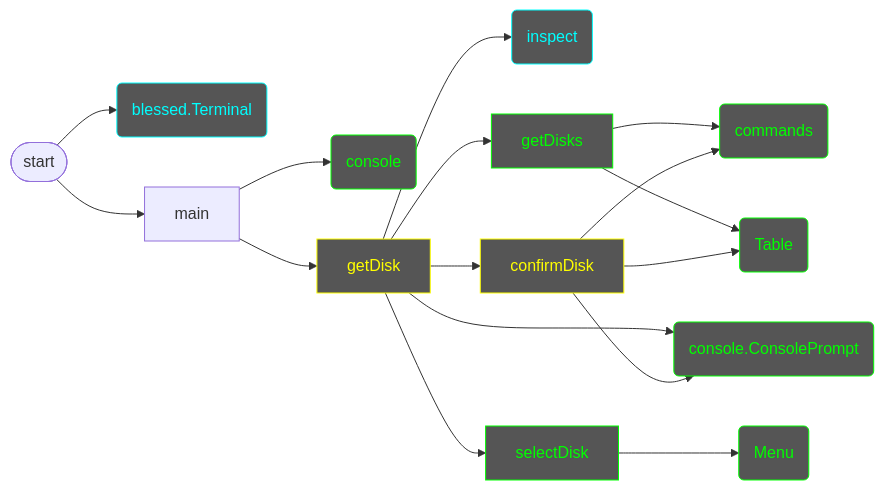
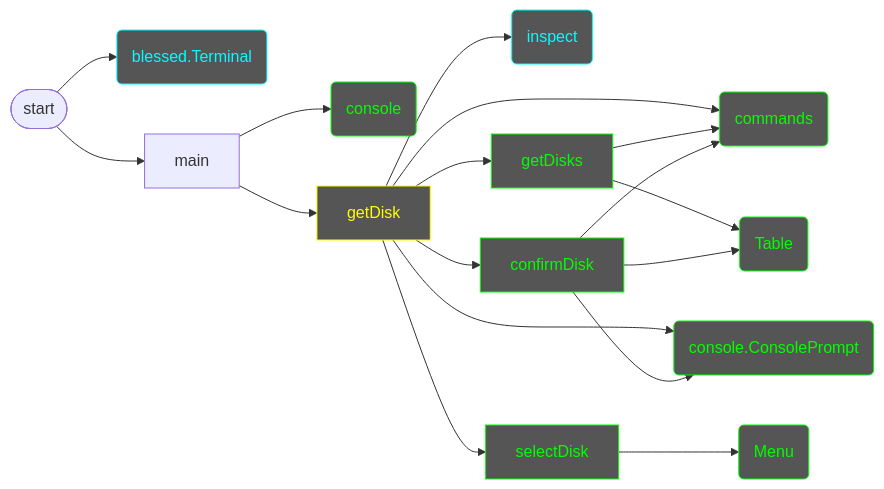
The diagram in scripts/get_disk/design.md (7s4e/p3), drawn with Mermaid before and after one commit. The commit also changed 2 other files, not shown here.

Commit message:
stub testGetDisk

````diff
--- a/scripts/get_disk/design.md
+++ b/scripts/get_disk/design.md
@@ -2,38 +2,39 @@
 ```mermaid
 flowchart LR
     classDef complete color:#0f0,stroke:#0f0,fill:#555
     classDef working color:#ff0,stroke:#ff0,fill:#555
     classDef library color:#0ff,stroke:#0ff,fill:#555
 
     %% Structure
     IF([start])
         IF --> TRM
         IF --> MAIN
     MAIN[main]
         MAIN --> CON
         MAIN --> GD
     GD[getDisk]:::working
         GD --> INSP
         GD --> GDS
         GD --> CCP
         GD --> SD
         GD --> CD
+        GD --> CMD
     GDS[getDisks]:::complete
         GDS --> CMD
         GDS --> TBL
     SD[selectDisk]:::complete
         SD --> MNU
-    CD[confirmDisk]:::working
+    CD[confirmDisk]:::complete
         CD --> CMD
         CD --> TBL
         CD --> CCP
 
     %% Modules
     TRM(blessed.Terminal):::library
     INSP(inspect):::library
     CON(console):::complete
     CMD(commands):::complete
     TBL(Table):::complete
     CCP(console.ConsolePrompt):::complete
     MNU(Menu):::complete
 ```
````
